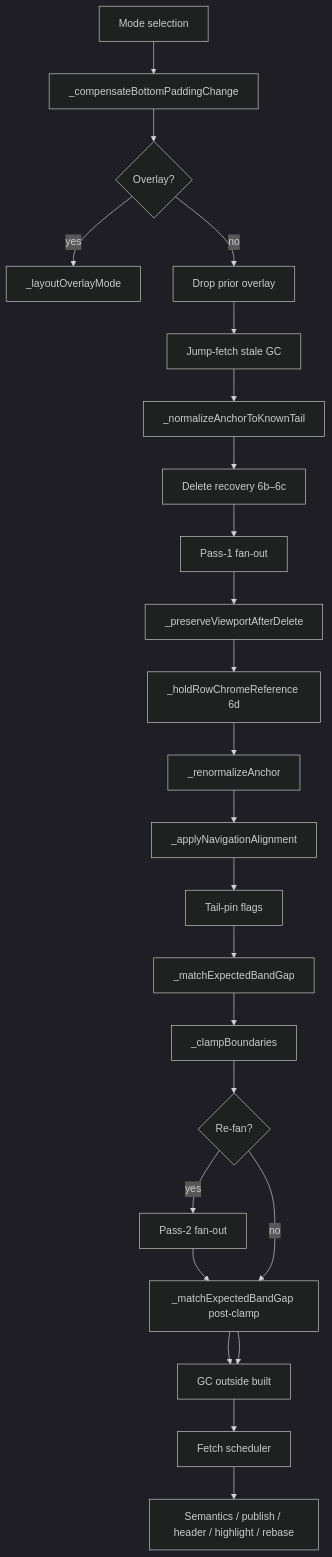
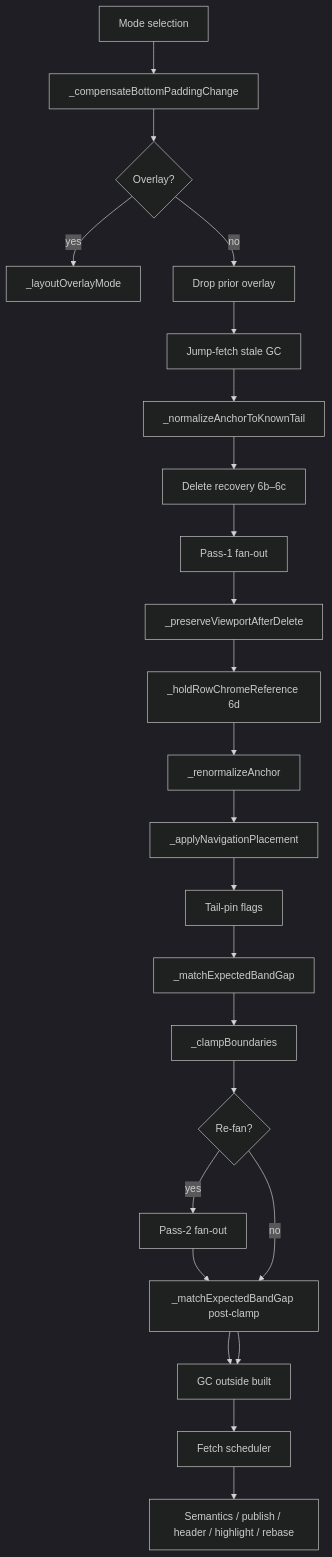
One commit to itsezlife/chat_scroll_view changed the diagram in docs/architecture/04-layout-pipeline.md. Above: the diagram before and after it, drawn with Mermaid (dark theme). The commit also changed other lines of this file and 14 other files, not shown here.

First line of the commit message:
feat(chat): hold a navigation alignment until the first scroll

````diff
--- a/docs/architecture/04-layout-pipeline.md
+++ b/docs/architecture/04-layout-pipeline.md
@@ -21,32 +21,32 @@
 ```mermaid
 flowchart TB
   Mode[Mode selection]
   Comp[_compensateBottomPaddingChange]
   Overlay{Overlay?}
   OverlayPath[_layoutOverlayMode]
   DropOverlay[Drop prior overlay]
   JumpGC[Jump-fetch stale GC]
   NormTail[_normalizeAnchorToKnownTail]
   DelRec[Delete recovery 6b–6c]
   Fan1[Pass-1 fan-out]
   Preserve[_preserveViewportAfterDelete]
   Hold[_holdRowChromeReference 6d]
   Renorm[_renormalizeAnchor]
-  Align[_applyNavigationAlignment]
+  Align[_applyNavigationPlacement]
   Tail[Tail-pin flags]
   GapMatch[_matchExpectedBandGap]
   Clamp[_clampBoundaries]
   Fan2{Re-fan?}
   Fan2Yes[Pass-2 fan-out]
   GapMatch2[_matchExpectedBandGap post-clamp]
   GC[GC outside built]
   Fetch[Fetch scheduler]
   Pub[Semantics / publish / header / highlight / rebase]
 
   Mode --> Comp --> Overlay
   Overlay -->|yes| OverlayPath
   Overlay -->|no| DropOverlay --> JumpGC --> NormTail --> DelRec --> Fan1 --> Preserve --> Hold --> Renorm --> Align --> Tail --> GapMatch --> Clamp --> Fan2
   Fan2 -->|yes| Fan2Yes --> GapMatch2 --> GC
   Fan2 -->|no| GapMatch2 --> GC
   GC --> Fetch --> Pub
 ```
````
